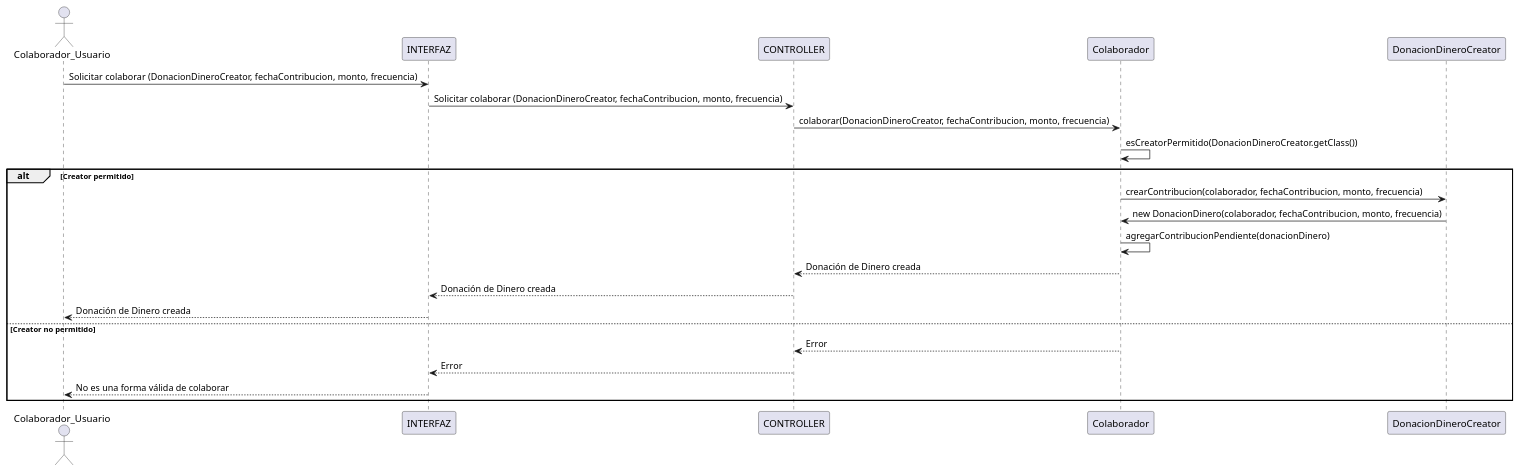
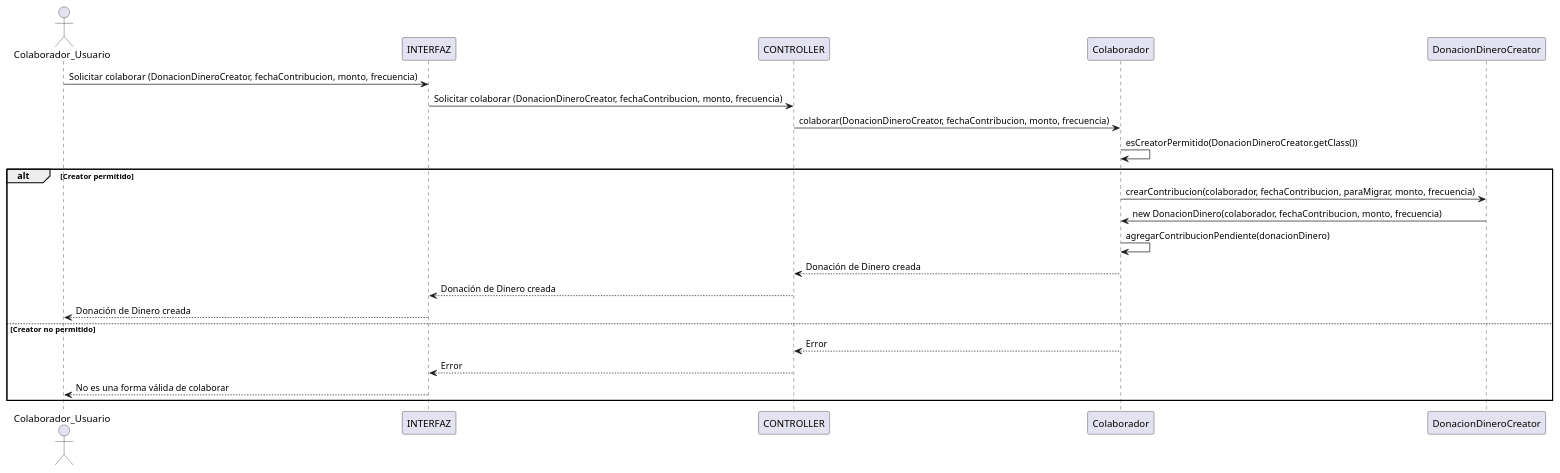
The diagram in proyecto_heladeras_solidarias/docs/plant_uml/diagramas_secuencia/donar_dinero/donar_dinero_colaborar.plantuml (luciacosenza/DDS-grupo10), drawn with PlantUML before and after one commit. The commit also changed 31 other files, not shown here.

```diff
--- a/proyecto_heladeras_solidarias/docs/plant_uml/diagramas_secuencia/donar_dinero/donar_dinero_colaborar.plantuml
+++ b/proyecto_heladeras_solidarias/docs/plant_uml/diagramas_secuencia/donar_dinero/donar_dinero_colaborar.plantuml
@@ -1,24 +1,24 @@
 @startuml donar_dinero_colaborar
 actor Colaborador_Usuario as User
 participant INTERFAZ
 participant CONTROLLER
 participant "Colaborador" as Colaborador
 participant "DonacionDineroCreator" as DonarDineroCreator
 
 User -> INTERFAZ: Solicitar colaborar (DonacionDineroCreator, fechaContribucion, monto, frecuencia)
 INTERFAZ -> CONTROLLER: Solicitar colaborar (DonacionDineroCreator, fechaContribucion, monto, frecuencia)
 CONTROLLER -> Colaborador: colaborar(DonacionDineroCreator, fechaContribucion, monto, frecuencia)
 Colaborador -> Colaborador: esCreatorPermitido(DonacionDineroCreator.getClass())
 alt Creator permitido
-    Colaborador -> DonarDineroCreator: crearContribucion(colaborador, fechaContribucion, monto, frecuencia)
+    Colaborador -> DonarDineroCreator: crearContribucion(colaborador, fechaContribucion, paraMigrar, monto, frecuencia)
     DonarDineroCreator -> Colaborador: new DonacionDinero(colaborador, fechaContribucion, monto, frecuencia)
     Colaborador -> Colaborador: agregarContribucionPendiente(donacionDinero)
     Colaborador --> CONTROLLER: Donación de Dinero creada
     CONTROLLER --> INTERFAZ: Donación de Dinero creada
     INTERFAZ --> User: Donación de Dinero creada
 else Creator no permitido
     Colaborador --> CONTROLLER: Error
     CONTROLLER --> INTERFAZ: Error
     INTERFAZ --> User: No es una forma válida de colaborar
 end
 @enduml
```
